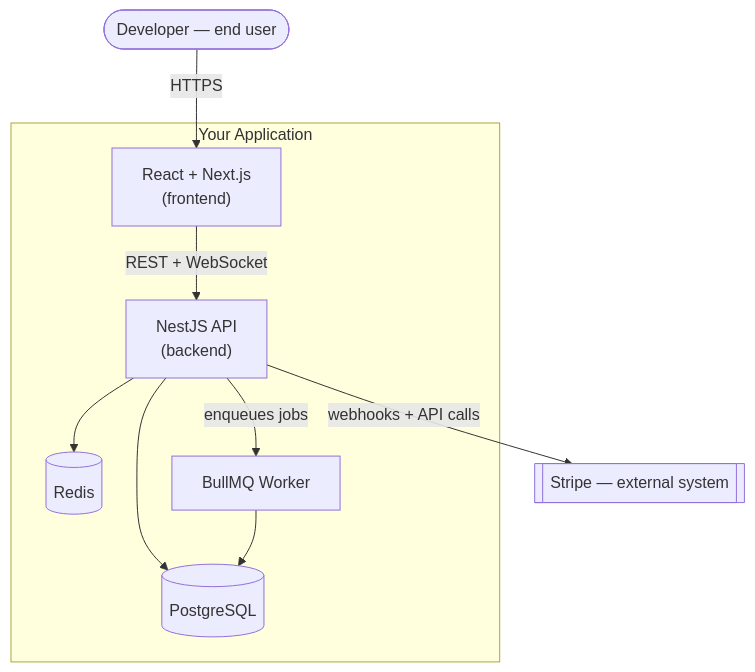
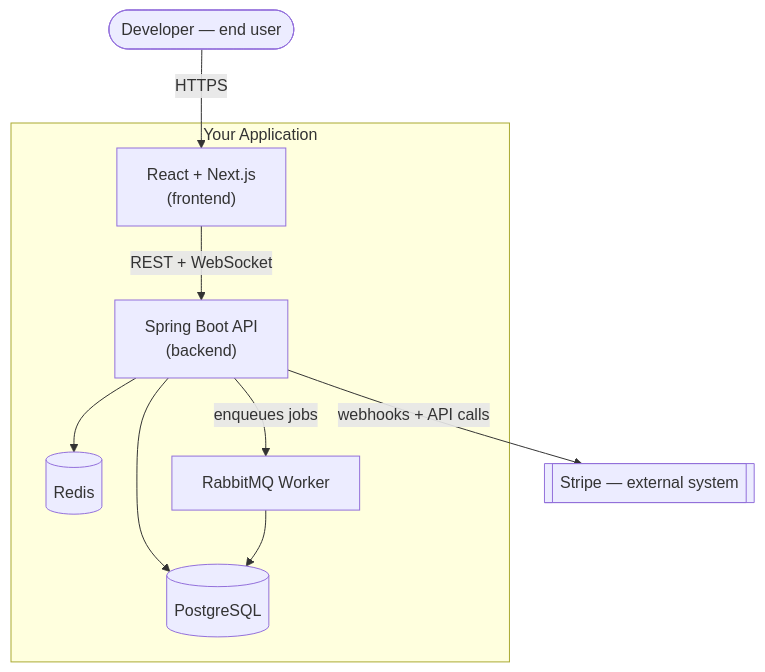
One commit to lahcenboukbir/master-senior-fullstack-roadmap changed the first of 3 diagrams in Project_Lifecycle_And_Planning.md. Above: the diagram before and after it, drawn with Mermaid. The commit also changed other lines of this file and 12 other files, not shown here.

Commit message:
Make Java the single backend; re-tier roadmap after full review

````diff
--- a/Project_Lifecycle_And_Planning.md
+++ b/Project_Lifecycle_And_Planning.md
@@ -80,21 +80,21 @@
 ```mermaid
 flowchart TB
     User(["Developer — end user"])
     Stripe[["Stripe — external system"]]
 
     subgraph System["Your Application"]
         Web["React + Next.js\n(frontend)"]
-        API["NestJS API\n(backend)"]
+        API["Spring Boot API\n(backend)"]
         DB[("PostgreSQL")]
         Cache[("Redis")]
-        Worker["BullMQ Worker"]
+        Worker["RabbitMQ Worker"]
     end
 
     User -->|HTTPS| Web
     Web -->|REST + WebSocket| API
     API --> DB
     API --> Cache
     API -->|enqueues jobs| Worker
     Worker --> DB
     API -->|webhooks + API calls| Stripe
 ```
````
